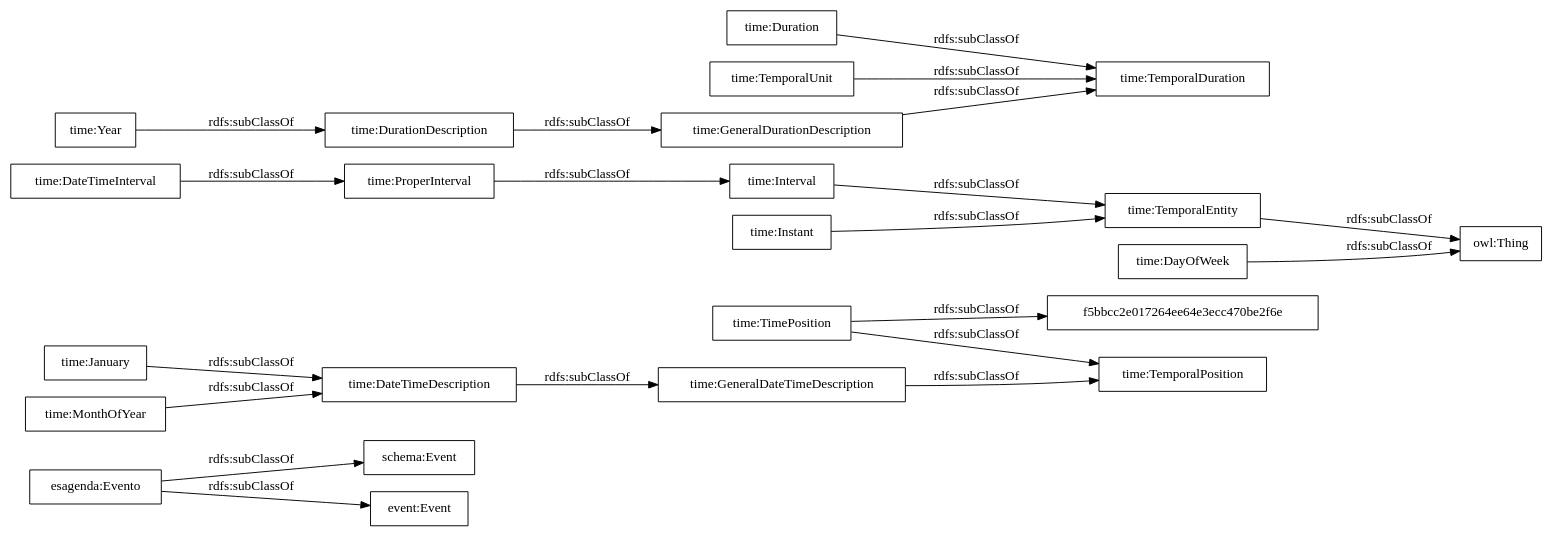
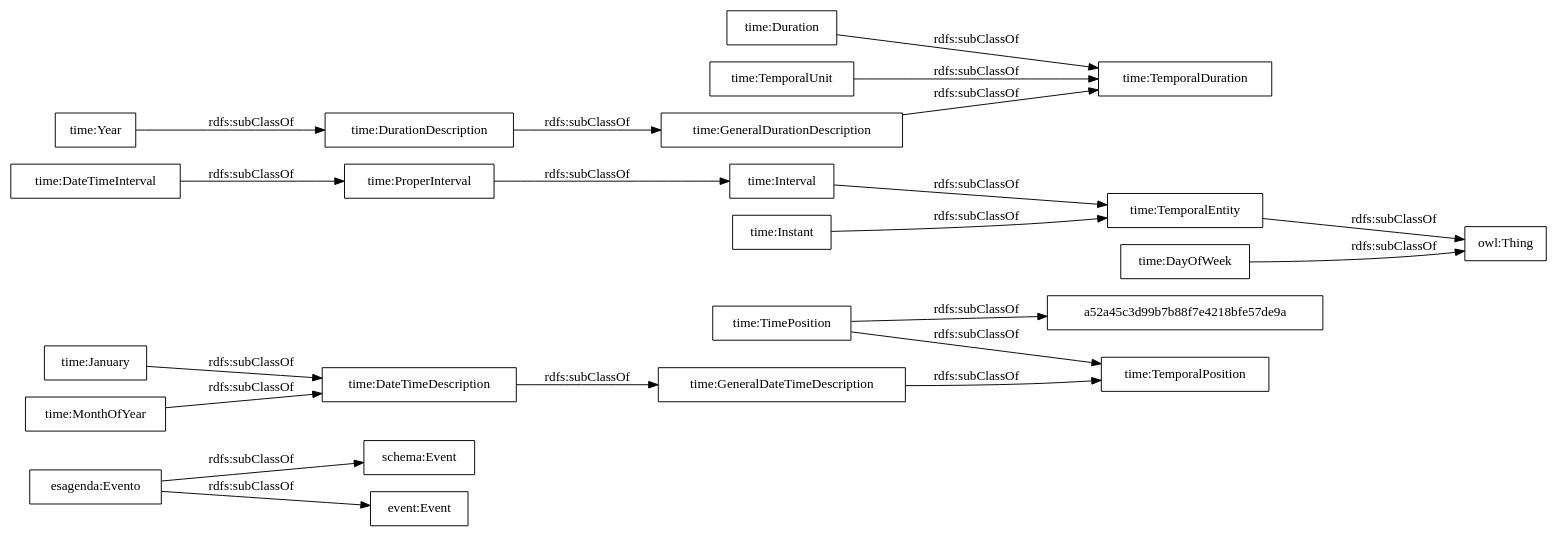
Before and after one commit to paoespinozarias/cultura-ocio-agenda-eventos-actividades: the diagram in OnToology/agenda.owl/diagrams/ar2dtool-taxonomy/agenda.owl.png.dot, drawn with Graphviz. The commit also changed 5 other files, not shown here.

```diff
--- a/OnToology/agenda.owl/diagrams/ar2dtool-taxonomy/agenda.owl.png.dot
+++ b/OnToology/agenda.owl/diagrams/ar2dtool-taxonomy/agenda.owl.png.dot
@@ -1,25 +1,25 @@
 digraph ar2dtool_diagram { 
 rankdir=LR;
 size="1000"
-node [shape = rectangle, color="black"]; "esagenda:Evento" "schema:Event" "event:Event" "time:GeneralDateTimeDescription" "time:DateTimeInterval" "time:DurationDescription" "time:TemporalDuration" "time:Duration" "time:GeneralDurationDescription" "time:January" "time:ProperInterval" "time:TimePosition" "time:TemporalPosition" "time:Interval" "time:TemporalEntity" "time:Year" "time:MonthOfYear" "time:DateTimeDescription" "time:TemporalUnit" "time:Instant" "f5bbcc2e017264ee64e3ecc470be2f6e" "time:DayOfWeek" ; /*classes style*/
+node [shape = rectangle, color="black"]; "esagenda:Evento" "schema:Event" "event:Event" "time:GeneralDateTimeDescription" "time:DateTimeInterval" "time:DurationDescription" "time:TemporalDuration" "time:Duration" "time:GeneralDurationDescription" "time:January" "time:ProperInterval" "time:TimePosition" "time:TemporalPosition" "time:Interval" "time:TemporalEntity" "a52a45c3d99b7b88f7e4218bfe57de9a" "time:Year" "time:MonthOfYear" "time:DateTimeDescription" "time:TemporalUnit" "time:Instant" "time:DayOfWeek" ; /*classes style*/
 	"time:TemporalEntity" -> "owl:Thing" [ label = "rdfs:subClassOf" ];
 	"time:DateTimeInterval" -> "time:ProperInterval" [ label = "rdfs:subClassOf" ];
 	"time:DayOfWeek" -> "owl:Thing" [ label = "rdfs:subClassOf" ];
 	"time:TemporalUnit" -> "time:TemporalDuration" [ label = "rdfs:subClassOf" ];
 	"time:Year" -> "time:DurationDescription" [ label = "rdfs:subClassOf" ];
 	"time:Interval" -> "time:TemporalEntity" [ label = "rdfs:subClassOf" ];
 	"time:MonthOfYear" -> "time:DateTimeDescription" [ label = "rdfs:subClassOf" ];
 	"time:GeneralDurationDescription" -> "time:TemporalDuration" [ label = "rdfs:subClassOf" ];
 	"time:GeneralDateTimeDescription" -> "time:TemporalPosition" [ label = "rdfs:subClassOf" ];
 	"time:DateTimeDescription" -> "time:GeneralDateTimeDescription" [ label = "rdfs:subClassOf" ];
 	"time:DurationDescription" -> "time:GeneralDurationDescription" [ label = "rdfs:subClassOf" ];
-	"time:TimePosition" -> "f5bbcc2e017264ee64e3ecc470be2f6e" [ label = "rdfs:subClassOf" ];
+	"time:TimePosition" -> "a52a45c3d99b7b88f7e4218bfe57de9a" [ label = "rdfs:subClassOf" ];
 	"time:TimePosition" -> "time:TemporalPosition" [ label = "rdfs:subClassOf" ];
 	"time:January" -> "time:DateTimeDescription" [ label = "rdfs:subClassOf" ];
 	"time:ProperInterval" -> "time:Interval" [ label = "rdfs:subClassOf" ];
 	"time:Instant" -> "time:TemporalEntity" [ label = "rdfs:subClassOf" ];
 	"esagenda:Evento" -> "schema:Event" [ label = "rdfs:subClassOf" ];
 	"esagenda:Evento" -> "event:Event" [ label = "rdfs:subClassOf" ];
 	"time:Duration" -> "time:TemporalDuration" [ label = "rdfs:subClassOf" ];
 
 }
```
